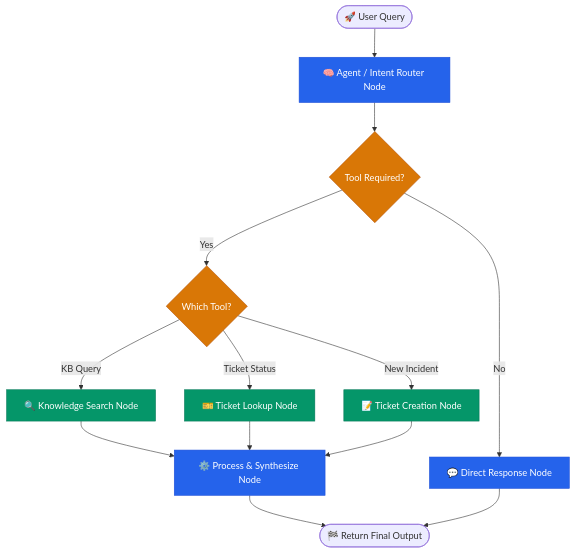
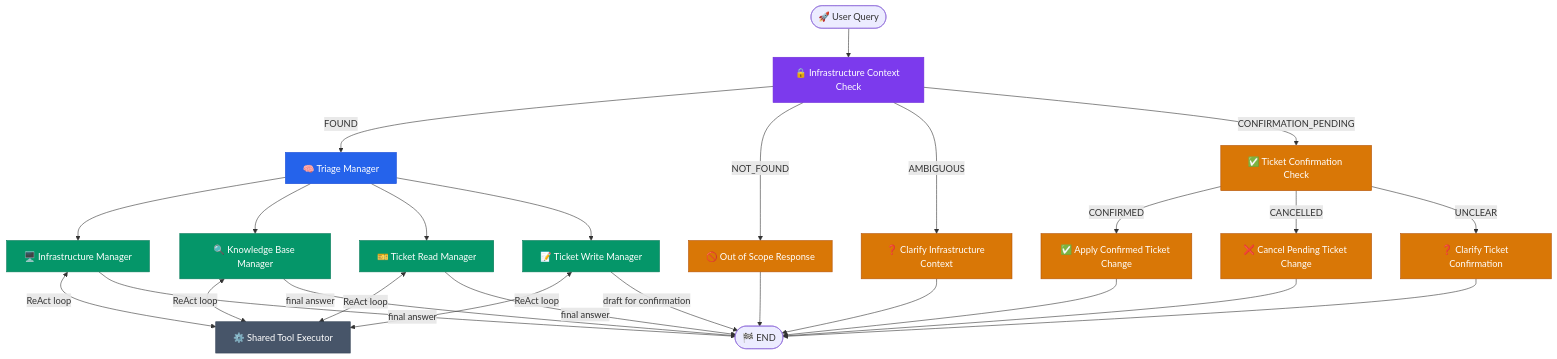
Before and after one commit to Deepak0511/opsPilot: the diagram in README.md, drawn with Mermaid. The commit also changed other lines of this file and 1 other file, not shown here.

````diff
--- a/README.md
+++ b/README.md
@@ -17,26 +19,45 @@
 ```mermaid
 flowchart TD
-    Start([🚀 User Query]) --> AgentNode["🧠 Agent / Intent Router Node"]
-    
-    AgentNode --> Decision{"Tool Required?"}
-    Decision -->|No| DirectResponse["💬 Direct Response Node"]
-    Decision -->|Yes| ToolRouter{"Which Tool?"}
-    
-    ToolRouter -->|KB Query| KBTool["🔍 Knowledge Search Node"]
-    ToolRouter -->|Ticket Status| LookupTool["🎫 Ticket Lookup Node"]
-    ToolRouter -->|New Incident| CreateTool["📝 Ticket Creation Node"]
-    
-    KBTool --> FormatNode["⚙️ Process & Synthesize Node"]
-    LookupTool --> FormatNode
-    CreateTool --> FormatNode
-    
-    FormatNode --> EndNode([🏁 Return Final Output])
-    DirectResponse --> EndNode
+    Start([🚀 User Query]) --> Gate["🔒 Infrastructure Context Check"]
 
-    classDef primary fill:#2563eb,stroke:#1d4ed8,color:#ffffff;
-    classDef tool fill:#059669,stroke:#047857,color:#ffffff;
-    classDef decision fill:#d97706,stroke:#b45309,color:#ffffff;
-    class AgentNode,FormatNode,DirectResponse primary;
-    class KBTool,LookupTool,CreateTool tool;
-    class Decision,ToolRouter decision;
+    Gate -->|FOUND| Triage["🧠 Triage Manager"]
+    Gate -->|NOT_FOUND| OOS["🚫 Out of Scope Response"]
+    Gate -->|AMBIGUOUS| Clarify["❓ Clarify Infrastructure Context"]
+    Gate -->|CONFIRMATION_PENDING| ConfCheck["✅ Ticket Confirmation Check"]
+
+    OOS --> EndNode([🏁 END])
+    Clarify --> EndNode
+
+    Triage --> InfraMgr["🖥️ Infrastructure Manager"]
+    Triage --> KBMgr["🔍 Knowledge Base Manager"]
+    Triage --> TktReadMgr["🎫 Ticket Read Manager"]
+    Triage --> TktWriteMgr["📝 Ticket Write Manager"]
+
+    InfraMgr <-->|ReAct loop| Tools["⚙️ Shared Tool Executor"]
+    KBMgr <-->|ReAct loop| Tools
+    TktReadMgr <-->|ReAct loop| Tools
+    TktWriteMgr <-->|ReAct loop| Tools
+
+    InfraMgr -->|final answer| EndNode
+    KBMgr -->|final answer| EndNode
+    TktReadMgr -->|final answer| EndNode
+    TktWriteMgr -->|draft for confirmation| EndNode
+
+    ConfCheck -->|CONFIRMED| Apply["✅ Apply Confirmed Ticket Change"]
+    ConfCheck -->|CANCELLED| Cancel["❌ Cancel Pending Ticket Change"]
+    ConfCheck -->|UNCLEAR| ClarifyConf["❓ Clarify Ticket Confirmation"]
+    Apply --> EndNode
+    Cancel --> EndNode
+    ClarifyConf --> EndNode
+
+    classDef gate fill:#7c3aed,stroke:#6d28d9,color:#ffffff;
+    classDef triage fill:#2563eb,stroke:#1d4ed8,color:#ffffff;
+    classDef manager fill:#059669,stroke:#047857,color:#ffffff;
+    classDef terminal fill:#d97706,stroke:#b45309,color:#ffffff;
+    classDef tools fill:#475569,stroke:#334155,color:#ffffff;
+    class Gate gate;
+    class Triage triage;
+    class InfraMgr,KBMgr,TktReadMgr,TktWriteMgr manager;
+    class OOS,Clarify,ConfCheck,Apply,Cancel,ClarifyConf terminal;
+    class Tools tools;
 ```
````
